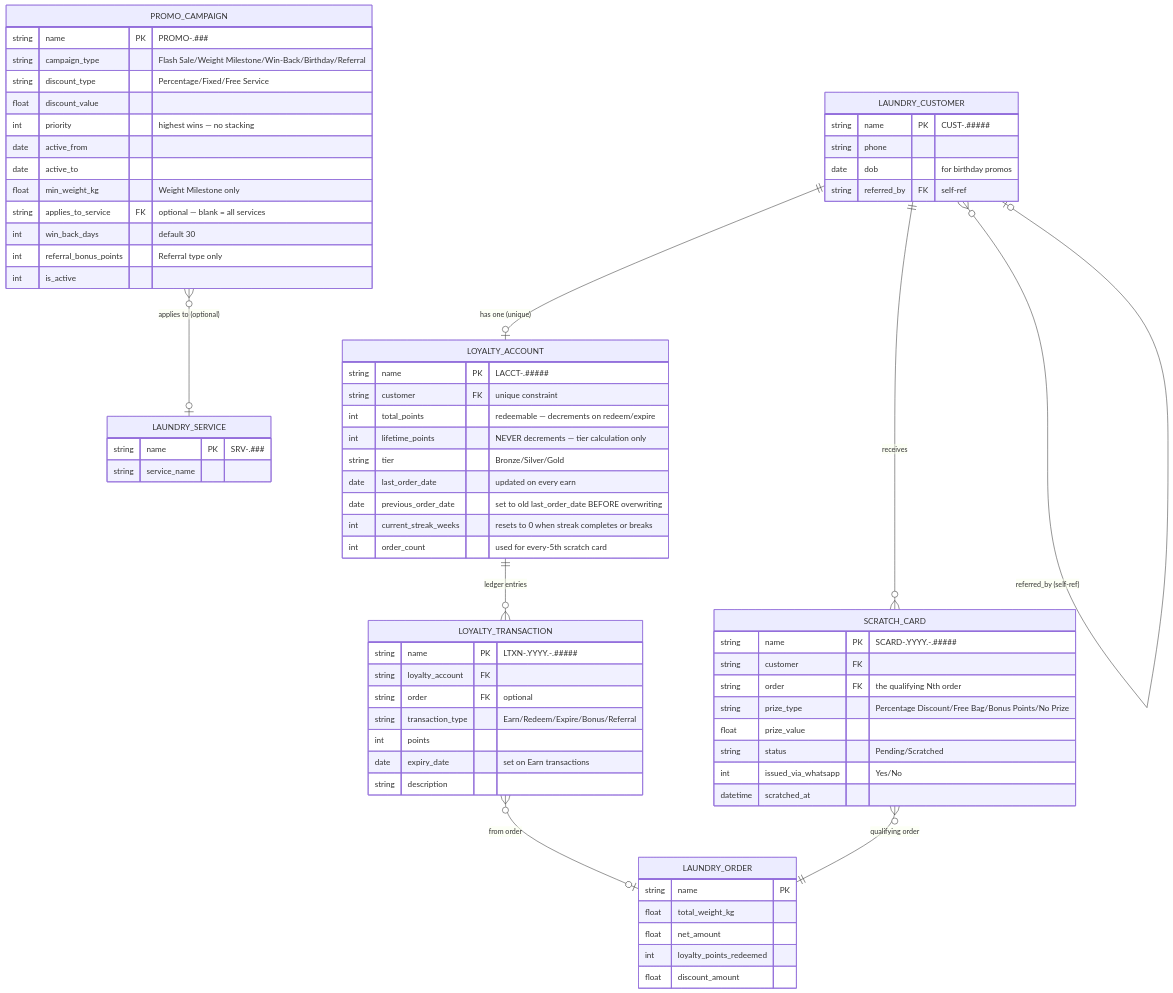
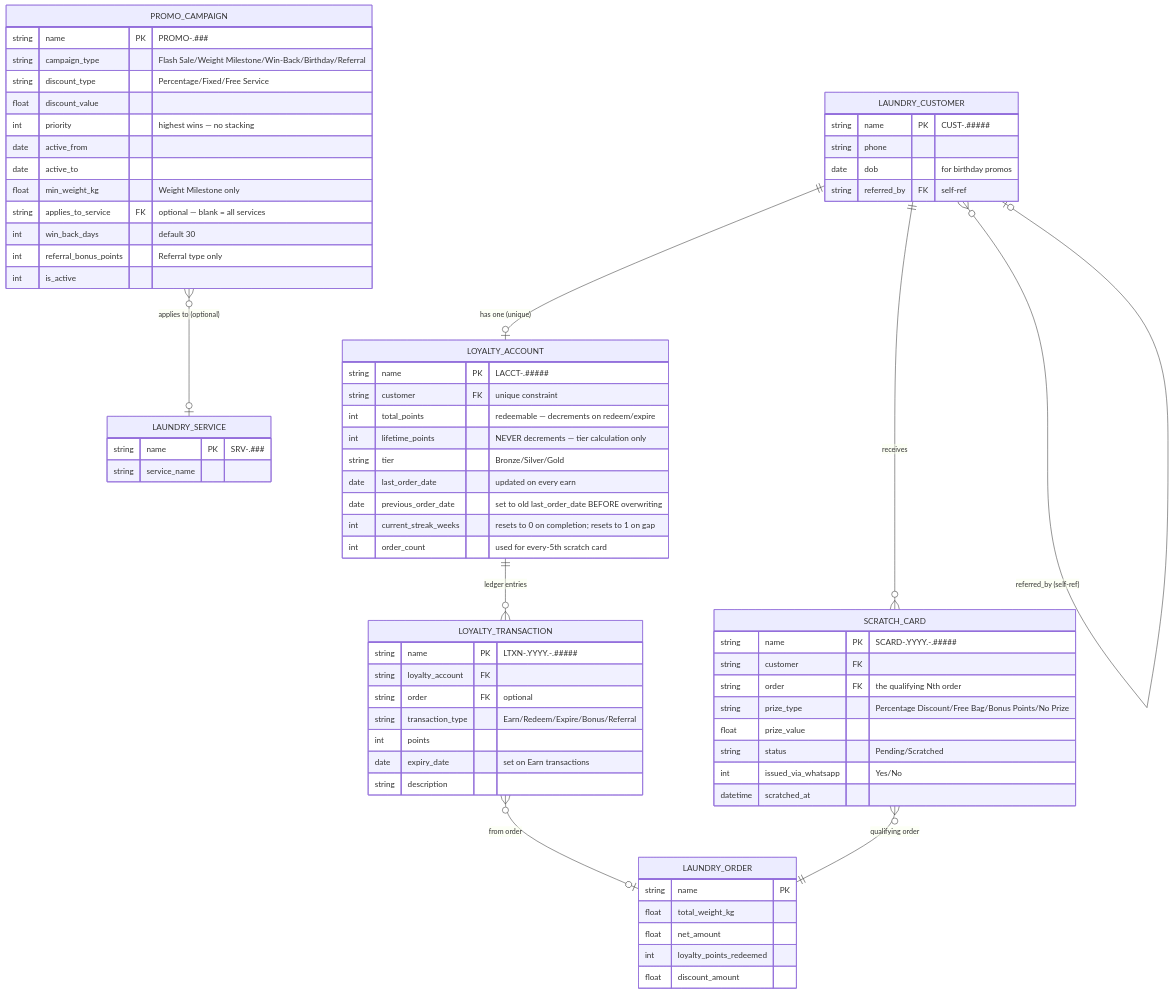
The diagram in Documents/Spinly/02 - Loyalty & Gamification/Data Model.md (SumanthUdupi/Spinly), drawn with Mermaid before and after one commit. The commit also changed other lines of this file and 1 other file, not shown here.

````diff
--- a/Documents/Spinly/02 - Loyalty & Gamification/Data Model.md
+++ b/Documents/Spinly/02 - Loyalty & Gamification/Data Model.md
@@ -17,78 +17,78 @@
 ```mermaid
 erDiagram
     LAUNDRY_CUSTOMER {
         string name PK "CUST-.#####"
         string phone
         date dob "for birthday promos"
         string referred_by FK "self-ref"
     }
 
     LOYALTY_ACCOUNT {
         string name PK "LACCT-.#####"
         string customer FK "unique constraint"
         int total_points "redeemable — decrements on redeem/expire"
         int lifetime_points "NEVER decrements — tier calculation only"
         string tier "Bronze/Silver/Gold"
         date last_order_date "updated on every earn"
         date previous_order_date "set to old last_order_date BEFORE overwriting"
-        int current_streak_weeks "resets to 0 when streak completes or breaks"
+        int current_streak_weeks "resets to 0 on completion; resets to 1 on gap"
         int order_count "used for every-5th scratch card"
     }
 
     LOYALTY_TRANSACTION {
         string name PK "LTXN-.YYYY.-.#####"
         string loyalty_account FK
         string order FK "optional"
         string transaction_type "Earn/Redeem/Expire/Bonus/Referral"
         int points
         date expiry_date "set on Earn transactions"
         string description
     }
 
     PROMO_CAMPAIGN {
         string name PK "PROMO-.###"
         string campaign_type "Flash Sale/Weight Milestone/Win-Back/Birthday/Referral"
         string discount_type "Percentage/Fixed/Free Service"
         float discount_value
         int priority "highest wins — no stacking"
         date active_from
         date active_to
         float min_weight_kg "Weight Milestone only"
         string applies_to_service FK "optional — blank = all services"
         int win_back_days "default 30"
         int referral_bonus_points "Referral type only"
         int is_active
     }
 
     SCRATCH_CARD {
         string name PK "SCARD-.YYYY.-.#####"
         string customer FK
         string order FK "the qualifying Nth order"
         string prize_type "Percentage Discount/Free Bag/Bonus Points/No Prize"
         float prize_value
         string status "Pending/Scratched"
         int issued_via_whatsapp "Yes/No"
         datetime scratched_at
     }
 
     LAUNDRY_SERVICE {
         string name PK "SRV-.###"
         string service_name
     }
 
     LAUNDRY_ORDER {
         string name PK
         float total_weight_kg
         float net_amount
         int loyalty_points_redeemed
         float discount_amount
     }
 
     LAUNDRY_CUSTOMER ||--o| LOYALTY_ACCOUNT : "has one (unique)"
     LOYALTY_ACCOUNT ||--o{ LOYALTY_TRANSACTION : "ledger entries"
     LOYALTY_TRANSACTION }o--o| LAUNDRY_ORDER : "from order"
     LAUNDRY_CUSTOMER ||--o{ SCRATCH_CARD : "receives"
     SCRATCH_CARD }o--|| LAUNDRY_ORDER : "qualifying order"
     PROMO_CAMPAIGN }o--o| LAUNDRY_SERVICE : "applies to (optional)"
     LAUNDRY_CUSTOMER }o--o| LAUNDRY_CUSTOMER : "referred_by (self-ref)"
 ```
````
